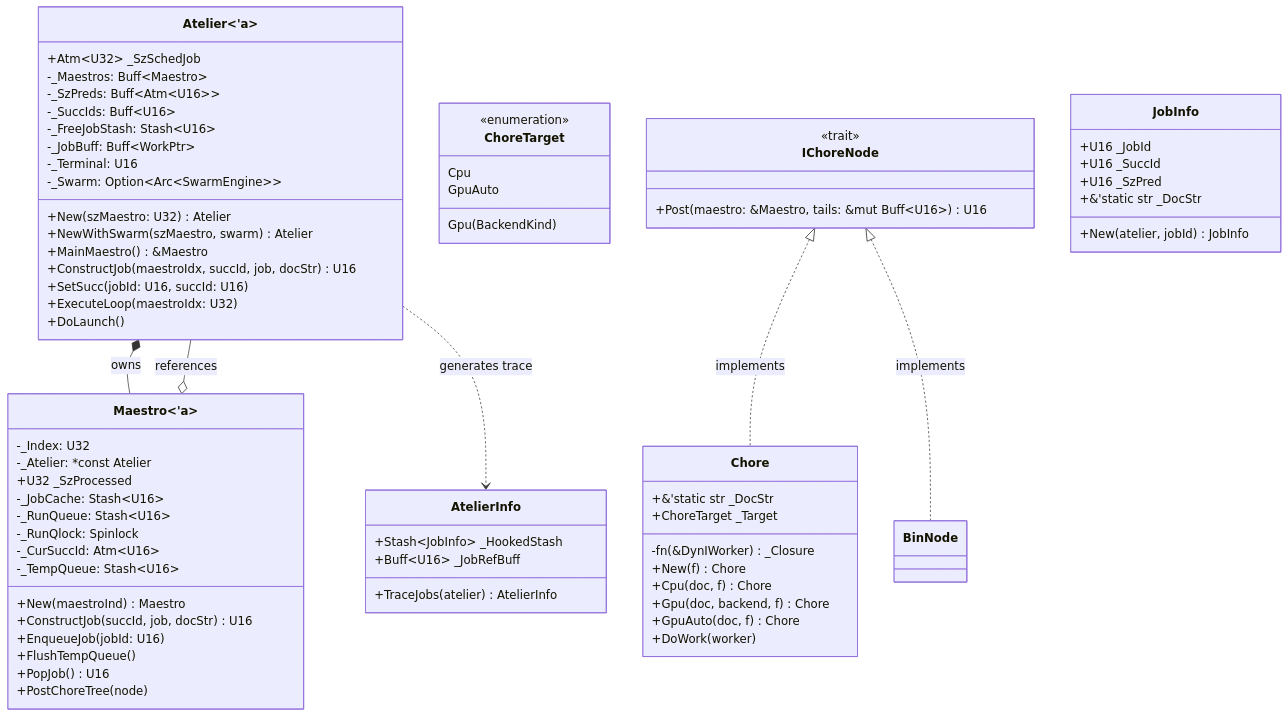
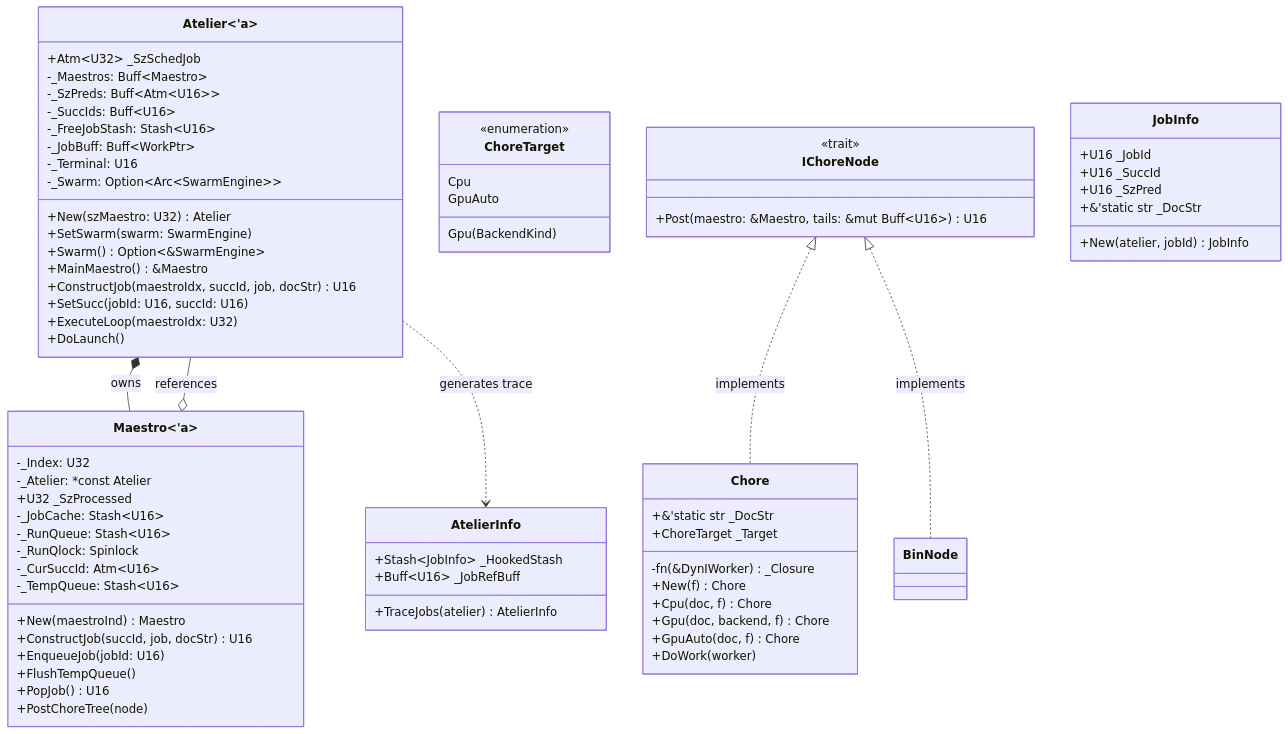
Before and after one commit to jswarup/Kosh: the first of 3 diagrams in wiki/Heist.md, drawn with Mermaid. The commit also changed other lines of this file and 10 other files, not shown here.

````diff
--- a/wiki/Heist.md
+++ b/wiki/Heist.md
@@ -15,80 +15,81 @@
 ```mermaid
 classDiagram
     class Atelier~'a~ {
         +Atm~U32~ _SzSchedJob
         -_Maestros: Buff~Maestro~
         -_SzPreds: Buff~Atm~U16~~
         -_SuccIds: Buff~U16~
         -_FreeJobStash: Stash~U16~
         -_JobBuff: Buff~WorkPtr~
         -_Terminal: U16
         -_Swarm: Option~Arc~SwarmEngine~~
         +New(szMaestro: U32) Atelier
-        +NewWithSwarm(szMaestro, swarm) Atelier
+        +SetSwarm(swarm: SwarmEngine)
+        +Swarm() Option~&SwarmEngine~
         +MainMaestro() &Maestro
         +ConstructJob(maestroIdx, succId, job, docStr) U16
         +SetSucc(jobId: U16, succId: U16)
         +ExecuteLoop(maestroIdx: U32)
         +DoLaunch()
     }
 
     class Maestro~'a~ {
         -_Index: U32
         -_Atelier: *const Atelier
         +U32 _SzProcessed
         -_JobCache: Stash~U16~
         -_RunQueue: Stash~U16~
         -_RunQlock: Spinlock
         -_CurSuccId: Atm~U16~
         -_TempQueue: Stash~U16~
         +New(maestroInd) Maestro
         +ConstructJob(succId, job, docStr) U16
         +EnqueueJob(jobId: U16)
         +FlushTempQueue()
         +PopJob() U16
         +PostChoreTree(node)
     }
 
     class Chore {
         +&'static str _DocStr
         +ChoreTarget _Target
         -fn(&DynIWorker) _Closure
         +New(f) Chore
         +Cpu(doc, f) Chore
         +Gpu(doc, backend, f) Chore
         +GpuAuto(doc, f) Chore
         +DoWork(worker)
     }
 
     class ChoreTarget {
         <<enumeration>>
         Cpu
         Gpu(BackendKind)
         GpuAuto
     }
 
     class IChoreNode {
         <<trait>>
         +Post(maestro: &Maestro, tails: &mut Buff~U16~) U16
     }
 
     class JobInfo {
         +U16 _JobId
         +U16 _SuccId
         +U16 _SzPred
         +&'static str _DocStr
         +New(atelier, jobId) JobInfo
     }
 
     class AtelierInfo {
         +Stash~JobInfo~ _HookedStash
         +Buff~U16~ _JobRefBuff
         +TraceJobs(atelier) AtelierInfo
     }
 
     IChoreNode <|.. Chore : implements
     IChoreNode <|.. BinNode : implements
     Atelier *-- Maestro : owns
     Maestro o-- Atelier : references
     Atelier ..> AtelierInfo : generates trace
 ```
````
